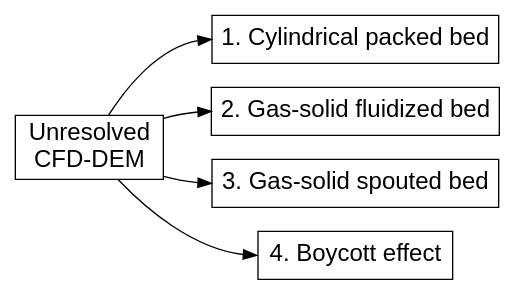
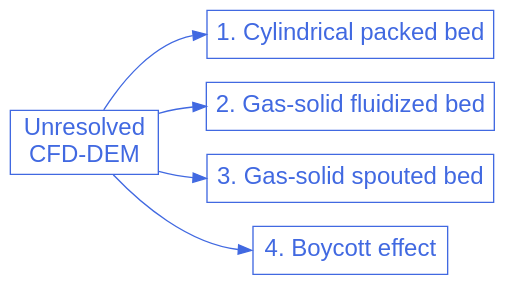
Before and after one commit to chaos-polymtl/lethe: the diagram in doc/source/examples/unresolved-cfd-dem/unresolved-cfd-dem.rst, drawn with Graphviz. The commit also changed 5 other files, not shown here.

```diff
--- a/doc/source/examples/unresolved-cfd-dem/unresolved-cfd-dem.rst
+++ b/doc/source/examples/unresolved-cfd-dem/unresolved-cfd-dem.rst
@@ -19,26 +19,24 @@
 .. graphviz:: 
 
     digraph unresolved_cfd_dem_diagram {
-      graph [align=true];
-      node [fontname=Arial, fontsize=18, shape=box];
-      center=true;
-      fontname="Comic Sans MS";
-      fontsize = "20";
+      graph [bgcolor="transparent", align=true];
+      node [fontname=Arial, fontsize=18, shape=box, fontcolor=royalblue, color=royalblue];
+      edge [color=royalblue];
       rankdir="LR";
       size = "9,9";
 
       unresolved_cfd_dem [label="Unresolved \nCFD-DEM", href="https://lethe-cfd.github.io/lethe/examples/unresolved-cfd-dem/unresolved-cfd-dem.html"];
 
-      cfd_dem_1 [label="1. Cylindrical packed bed", color=black, href="https://lethe-cfd.github.io/lethe/examples/unresolved-cfd-dem/cylindrical-packed-bed/cylindrical-packed-bed.html"]; 
+      cfd_dem_1 [label="1. Cylindrical packed bed", href="https://lethe-cfd.github.io/lethe/examples/unresolved-cfd-dem/cylindrical-packed-bed/cylindrical-packed-bed.html"]; 
 
-      cfd_dem_2 [label="2. Gas-solid fluidized bed", color=black, href="https://lethe-cfd.github.io/lethe/examples/unresolved-cfd-dem/gas-solid-fluidized-bed/gas-solid-fluidized-bed.html"]; 
+      cfd_dem_2 [label="2. Gas-solid fluidized bed", href="https://lethe-cfd.github.io/lethe/examples/unresolved-cfd-dem/gas-solid-fluidized-bed/gas-solid-fluidized-bed.html"]; 
 
-      cfd_dem_3 [label="3. Gas-solid spouted bed", color=black, href="https://lethe-cfd.github.io/lethe/examples/unresolved-cfd-dem/gas-solid-spouted-bed/gas-solid-spouted-bed.html"]; 
+      cfd_dem_3 [label="3. Gas-solid spouted bed", href="https://lethe-cfd.github.io/lethe/examples/unresolved-cfd-dem/gas-solid-spouted-bed/gas-solid-spouted-bed.html"]; 
 
-      cfd_dem_4 [label="4. Boycott effect", color=black, href="https://lethe-cfd.github.io/lethe/examples/unresolved-cfd-dem/boycott-effect/boycott-effect.html"]; 
+      cfd_dem_4 [label="4. Boycott effect", href="https://lethe-cfd.github.io/lethe/examples/unresolved-cfd-dem/boycott-effect/boycott-effect.html"]; 
       
       unresolved_cfd_dem -> cfd_dem_1:w;
       unresolved_cfd_dem -> cfd_dem_2:w;
       unresolved_cfd_dem -> cfd_dem_3:w;
       unresolved_cfd_dem -> cfd_dem_4:w;
     }
```
